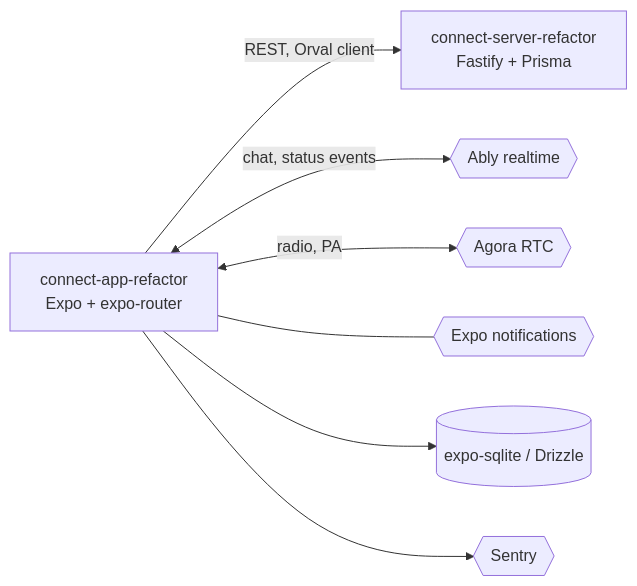
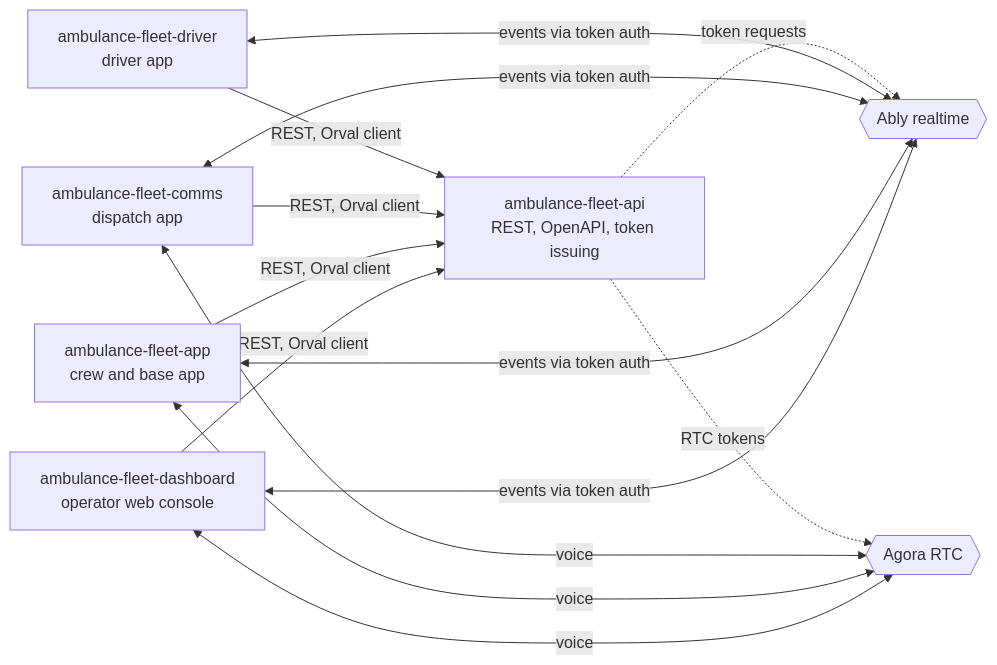
Before and after one commit to mkwitko/ambulance-fleet-app: the first of 3 diagrams in README.md, drawn with Mermaid. The commit also changed other lines of this file and 7 other files, not shown here.

First line of the commit message:
docs: presentation README with architecture diagrams (#2)

````diff
--- a/README.md
+++ b/README.md
@@ -18,17 +20,16 @@
 ```mermaid
 flowchart LR
-  App[connect-app-refactor<br/>Expo + expo-router]
-  Server[connect-server-refactor<br/>Fastify + Prisma]
+  Dash[ambulance-fleet-dashboard<br/>operator web console]
+  App[ambulance-fleet-app<br/>crew and base app]
+  Comms[ambulance-fleet-comms<br/>dispatch app]
+  Driver[ambulance-fleet-driver<br/>driver app]
+  API[ambulance-fleet-api<br/>REST, OpenAPI, token issuing]
   Ably{{Ably realtime}}
   Agora{{Agora RTC}}
-  Push{{Expo notifications}}
-  DB[(expo-sqlite / Drizzle)]
-  Sentry{{Sentry}}
 
-  App -->|REST, Orval client| Server
-  App <-->|chat, status events| Ably
-  App <-->|radio, PA| Agora
-  App --- Push
-  App --> DB
-  App --> Sentry
+  Dash & App & Comms & Driver -->|REST, Orval client| API
+  Dash & App & Comms & Driver <-->|events via token auth| Ably
+  Dash & App & Comms <-->|voice| Agora
+  API -.->|token requests| Ably
+  API -.->|RTC tokens| Agora
 ```
````
